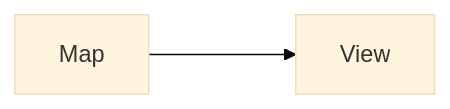
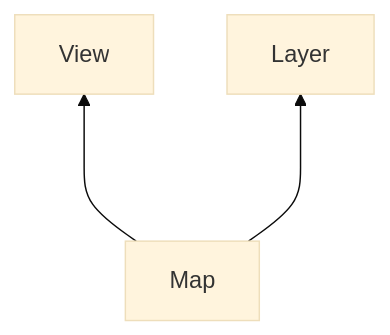
Before and after one commit to Aixufey/KS2100-GIS: the diagram in README.md, drawn with Mermaid (base theme). The commit also changed other lines of this file and 2 other files, not shown here.

````diff
--- a/README.md
+++ b/README.md
@@ -5,6 +8,8 @@
 ```mermaid
-flowchart LR
+flowchart BT
 A[Map]
 B[View]
+C[Layer]
 A--->B
+A--->C
 ```
````
